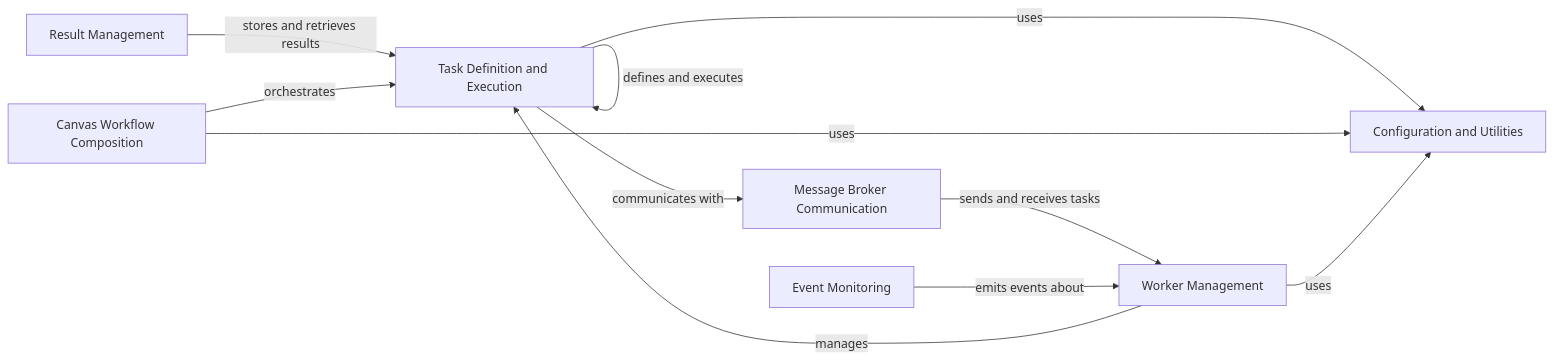
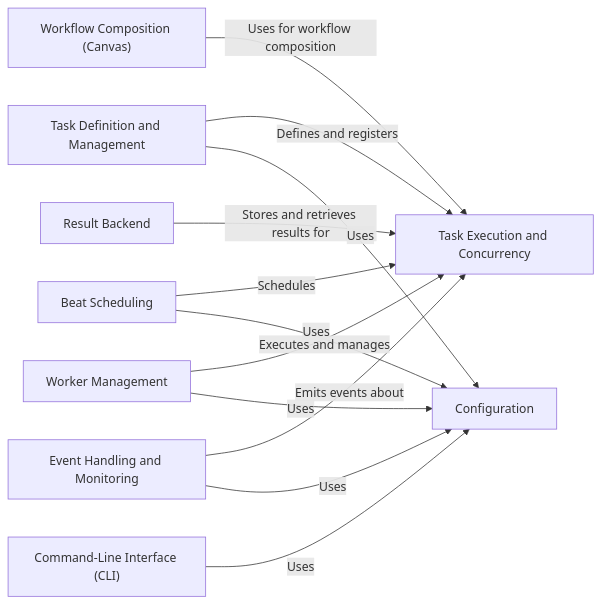
The diagram in celery/on_boarding.md (CodeBoarding/GeneratedOnBoardings), drawn with Mermaid before and after one commit. The commit also changed other lines of this file and 15 other files, not shown here.

````diff
--- a/celery/on_boarding.md
+++ b/celery/on_boarding.md
@@ -1,27 +1,32 @@
 ```mermaid
 graph LR
-    Task_Definition_and_Execution["Task Definition and Execution"]
-    Message_Broker_Communication["Message Broker Communication"]
-    Result_Management["Result Management"]
-    Canvas_Workflow_Composition["Canvas Workflow Composition"]
+    Task_Definition_and_Management["Task Definition and Management"]
+    Task_Execution_and_Concurrency["Task Execution and Concurrency"]
+    Workflow_Composition_Canvas_["Workflow Composition (Canvas)"]
     Worker_Management["Worker Management"]
-    Event_Monitoring["Event Monitoring"]
-    Configuration_and_Utilities["Configuration and Utilities"]
-    Task_Definition_and_Execution -- "defines and executes" --> Task_Definition_and_Execution
-    Task_Definition_and_Execution -- "communicates with" --> Message_Broker_Communication
-    Result_Management -- "stores and retrieves results" --> Task_Definition_and_Execution
-    Canvas_Workflow_Composition -- "orchestrates" --> Task_Definition_and_Execution
-    Worker_Management -- "manages" --> Task_Definition_and_Execution
-    Message_Broker_Communication -- "sends and receives tasks" --> Worker_Management
-    Event_Monitoring -- "emits events about" --> Worker_Management
-    Task_Definition_and_Execution -- "uses" --> Configuration_and_Utilities
-    Canvas_Workflow_Composition -- "uses" --> Configuration_and_Utilities
-    Worker_Management -- "uses" --> Configuration_and_Utilities
-    click Task_Definition_and_Execution href "https://github.com/CodeBoarding/GeneratedOnBoardings/blob/main/celery/Task Definition and Execution.md" "Details"
-    click Message_Broker_Communication href "https://github.com/CodeBoarding/GeneratedOnBoardings/blob/main/celery/Message Broker Communication.md" "Details"
-    click Result_Management href "https://github.com/CodeBoarding/GeneratedOnBoardings/blob/main/celery/Result Management.md" "Details"
-    click Canvas_Workflow_Composition href "https://github.com/CodeBoarding/GeneratedOnBoardings/blob/main/celery/Canvas Workflow Composition.md" "Details"
+    Beat_Scheduling["Beat Scheduling"]
+    Result_Backend["Result Backend"]
+    Event_Handling_and_Monitoring["Event Handling and Monitoring"]
+    Configuration["Configuration"]
+    Command_Line_Interface_CLI_["Command-Line Interface (CLI)"]
+    Task_Definition_and_Management -- "Defines and registers" --> Task_Execution_and_Concurrency
+    Workflow_Composition_Canvas_ -- "Uses for workflow composition" --> Task_Execution_and_Concurrency
+    Worker_Management -- "Executes and manages" --> Task_Execution_and_Concurrency
+    Beat_Scheduling -- "Schedules" --> Task_Execution_and_Concurrency
+    Result_Backend -- "Stores and retrieves results for" --> Task_Execution_and_Concurrency
+    Event_Handling_and_Monitoring -- "Emits events about" --> Task_Execution_and_Concurrency
+    Task_Definition_and_Management -- "Uses" --> Configuration
+    Beat_Scheduling -- "Uses" --> Configuration
+    Event_Handling_and_Monitoring -- "Uses" --> Configuration
+    Command_Line_Interface_CLI_ -- "Uses" --> Configuration
+    Worker_Management -- "Uses" --> Configuration
+    click Task_Definition_and_Management href "https://github.com/CodeBoarding/GeneratedOnBoardings/blob/main/celery/Task Definition and Management.md" "Details"
+    click Task_Execution_and_Concurrency href "https://github.com/CodeBoarding/GeneratedOnBoardings/blob/main/celery/Task Execution and Concurrency.md" "Details"
+    click Workflow_Composition_Canvas_ href "https://github.com/CodeBoarding/GeneratedOnBoardings/blob/main/celery/Workflow Composition (Canvas).md" "Details"
     click Worker_Management href "https://github.com/CodeBoarding/GeneratedOnBoardings/blob/main/celery/Worker Management.md" "Details"
-    click Event_Monitoring href "https://github.com/CodeBoarding/GeneratedOnBoardings/blob/main/celery/Event Monitoring.md" "Details"
-    click Configuration_and_Utilities href "https://github.com/CodeBoarding/GeneratedOnBoardings/blob/main/celery/Configuration and Utilities.md" "Details"
+    click Beat_Scheduling href "https://github.com/CodeBoarding/GeneratedOnBoardings/blob/main/celery/Beat Scheduling.md" "Details"
+    click Result_Backend href "https://github.com/CodeBoarding/GeneratedOnBoardings/blob/main/celery/Result Backend.md" "Details"
+    click Event_Handling_and_Monitoring href "https://github.com/CodeBoarding/GeneratedOnBoardings/blob/main/celery/Event Handling and Monitoring.md" "Details"
+    click Configuration href "https://github.com/CodeBoarding/GeneratedOnBoardings/blob/main/celery/Configuration.md" "Details"
+    click Command_Line_Interface_CLI_ href "https://github.com/CodeBoarding/GeneratedOnBoardings/blob/main/celery/Command-Line Interface (CLI).md" "Details"
 ```
````
